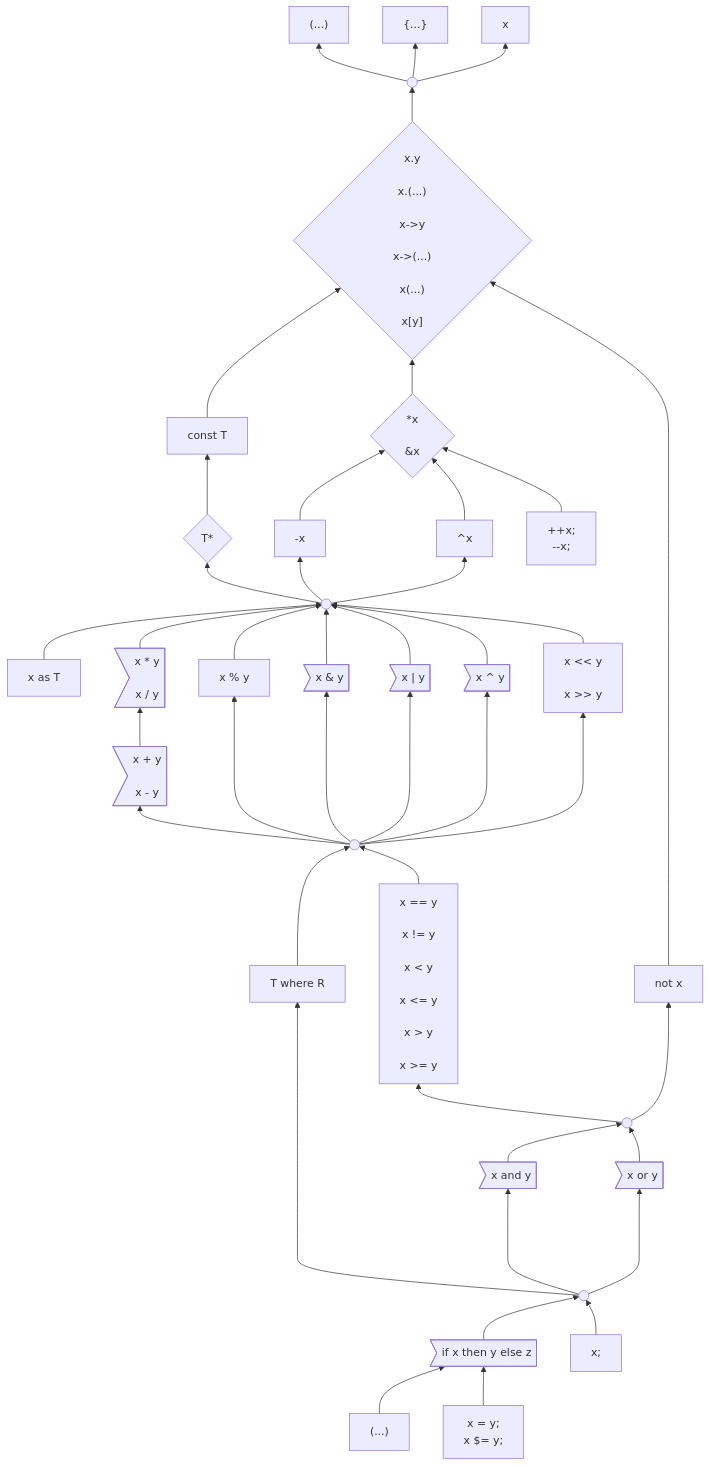
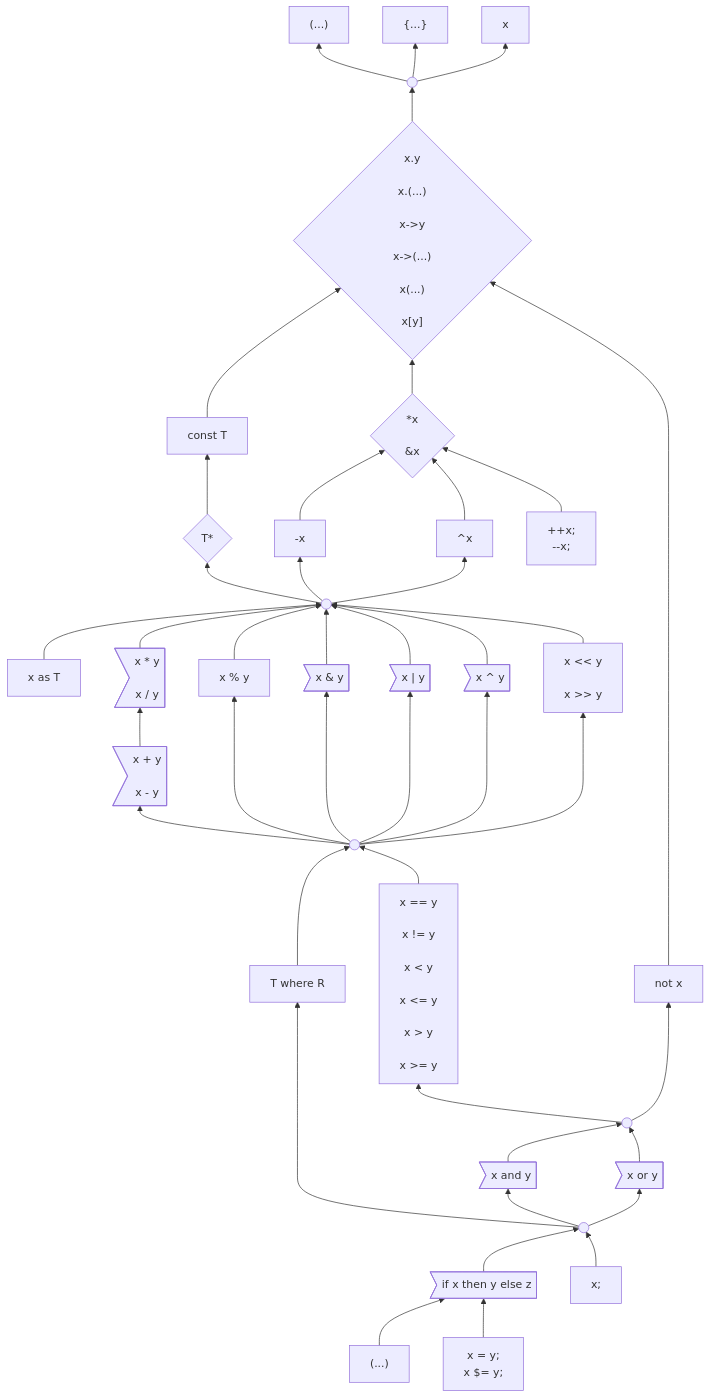
Before and after one commit to carbon-language/carbon-lang: the first of 3 diagrams in docs/design/expressions/README.md, drawn with Mermaid.

Commit message:
Checkpoint progress.

```diff
--- a/docs/design/expressions/README.md
+++ b/docs/design/expressions/README.md
@@ -177,7 +177,7 @@
     logicalOperand --> comparison & not
     and & or --> logicalOperand
     %% logicalExpression ---------> as
-    logicalExpression ------> where
+    logicalExpression ----> where
     logicalExpression --> and & or
     if & expressionStatement --> logicalExpression
     insideParens & assignment --> if
```
